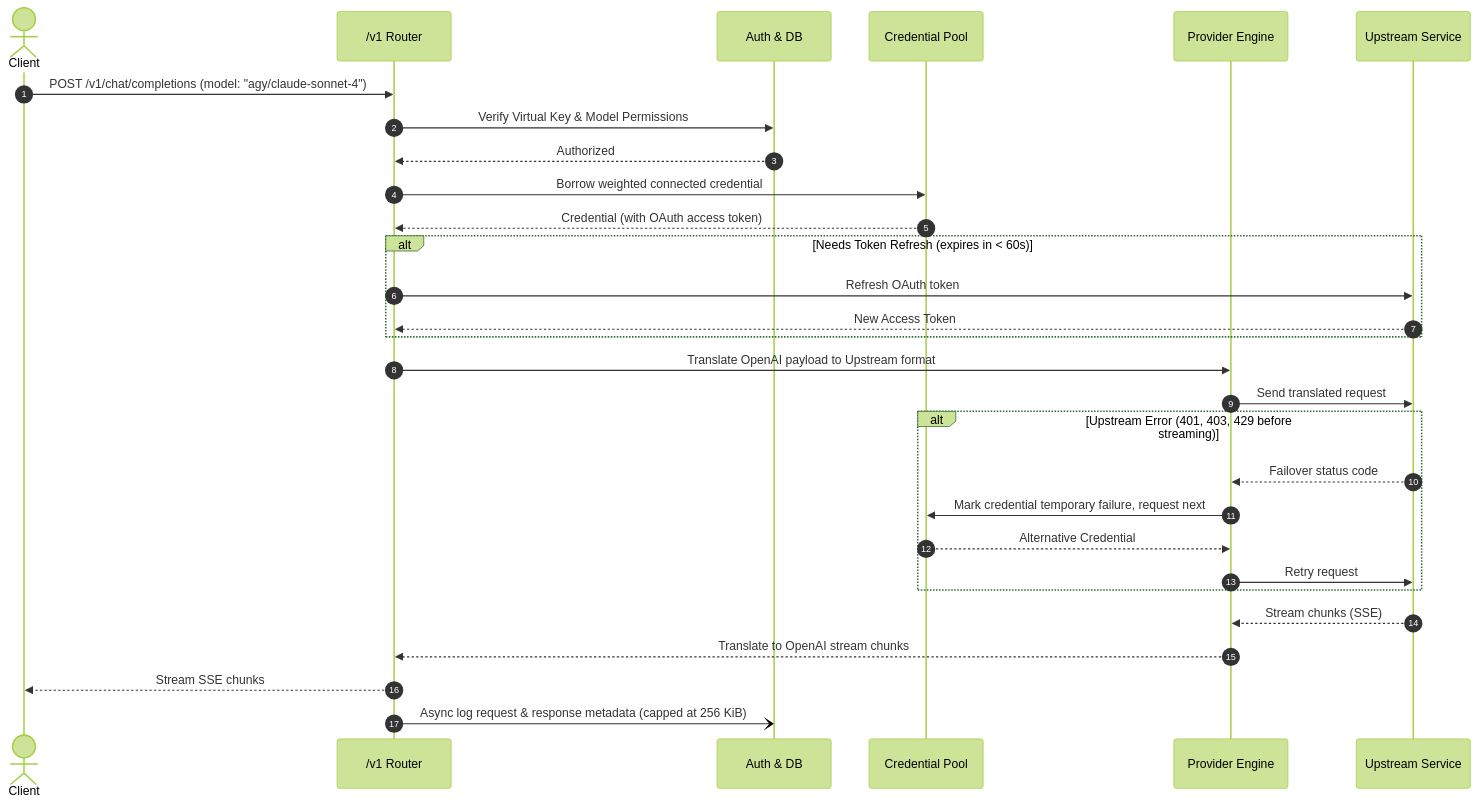
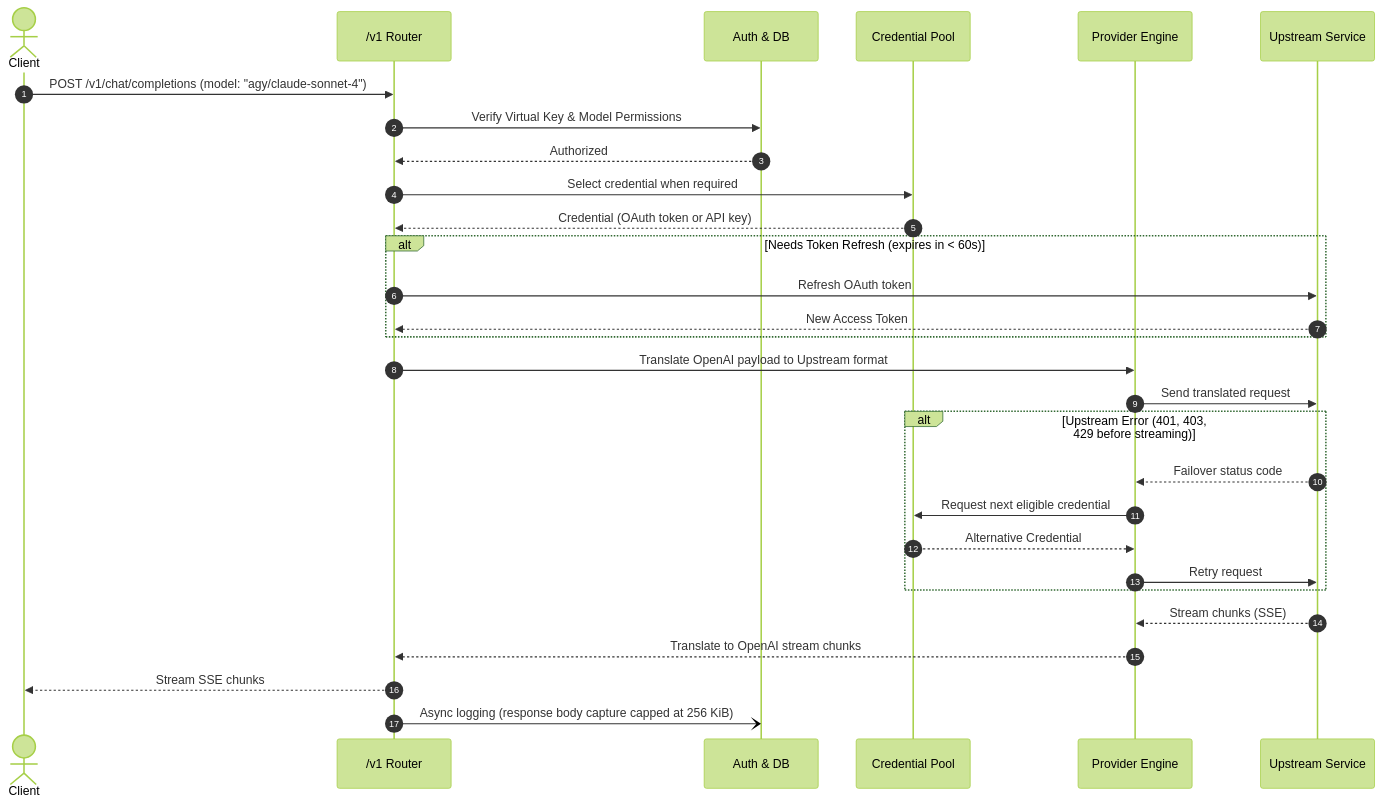
Before and after one commit to Delnegend/zero-g: the second of 2 diagrams in docs/architecture.md, drawn with Mermaid (forest theme). The commit also changed other lines of this file and 18 other files, not shown here.

````diff
--- a/docs/architecture.md
+++ b/docs/architecture.md
@@ -62,36 +63,36 @@
 ```mermaid
 sequenceDiagram
     autonumber
     actor Client
     participant V1 as /v1 Router
     participant Auth as Auth & DB
     participant Pool as Credential Pool
     participant Engine as Provider Engine
     participant Upstream as Upstream Service
 
     Client->>V1: POST /v1/chat/completions (model: "agy/claude-sonnet-4")
     V1->>Auth: Verify Virtual Key & Model Permissions
     Auth-->>V1: Authorized
-    V1->>Pool: Borrow weighted connected credential
-    Pool-->>V1: Credential (with OAuth access token)
+    V1->>Pool: Select credential when required
+    Pool-->>V1: Credential (OAuth token or API key)
     
     alt Needs Token Refresh (expires in < 60s)
         V1->>Upstream: Refresh OAuth token
         Upstream-->>V1: New Access Token
     end
 
     V1->>Engine: Translate OpenAI payload to Upstream format
     Engine->>Upstream: Send translated request
     
     alt Upstream Error (401, 403, 429 before streaming)
         Upstream-->>Engine: Failover status code
-        Engine->>Pool: Mark credential temporary failure, request next
+        Engine->>Pool: Request next eligible credential
         Pool-->>Engine: Alternative Credential
         Engine->>Upstream: Retry request
     end
 
     Upstream-->>Engine: Stream chunks (SSE)
     Engine-->>V1: Translate to OpenAI stream chunks
     V1-->>Client: Stream SSE chunks
-    V1-)Auth: Async log request & response metadata (capped at 256 KiB)
+    V1-)Auth: Async logging (response body capture capped at 256 KiB)
 ```
````
